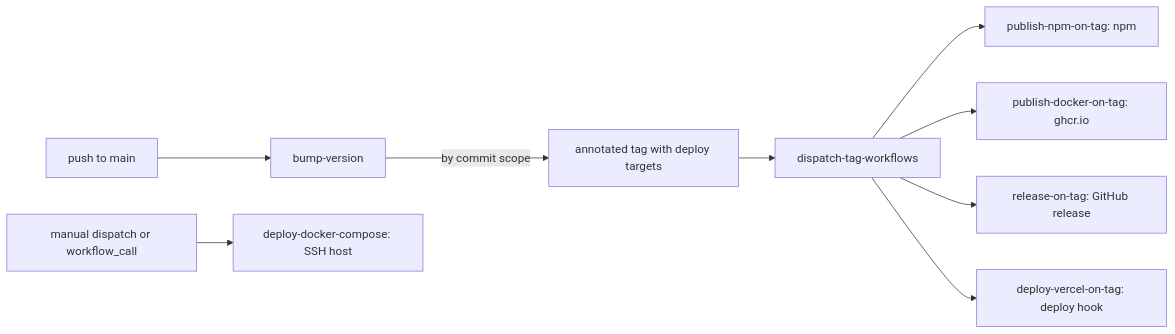
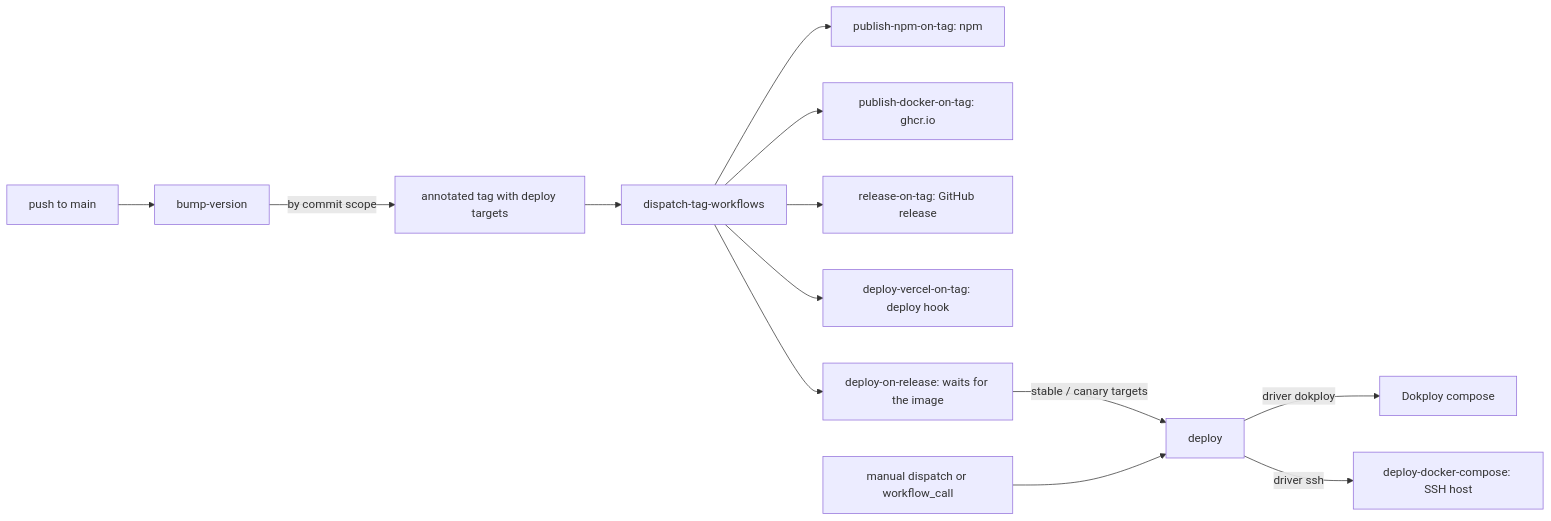
Before and after one commit to justAnArthur/just-github-actions-n-workflows: the diagram in README.md, drawn with Mermaid. The commit also changed other lines of this file and 34 other files, not shown here.

First line of the commit message:
feat(workflows): deploy to Dokploy and run PR previews on it

````diff
--- a/README.md
+++ b/README.md
@@ -719,11 +848,15 @@
 ```mermaid
 flowchart LR
   P[push to main] --> B[bump-version]
   B -->|by commit scope| T[annotated tag with deploy targets]
   T --> D[dispatch-tag-workflows]
   D --> N[publish-npm-on-tag: npm]
   D --> K[publish-docker-on-tag: ghcr.io]
   D --> R[release-on-tag: GitHub release]
   D --> V[deploy-vercel-on-tag: deploy hook]
-  M[manual dispatch or workflow_call] --> C[deploy-docker-compose: SSH host]
+  D --> O[deploy-on-release: waits for the image]
+  O -->|stable / canary targets| Y[deploy]
+  M[manual dispatch or workflow_call] --> Y
+  Y -->|driver dokploy| DK[Dokploy compose]
+  Y -->|driver ssh| C[deploy-docker-compose: SSH host]
 ```
````
